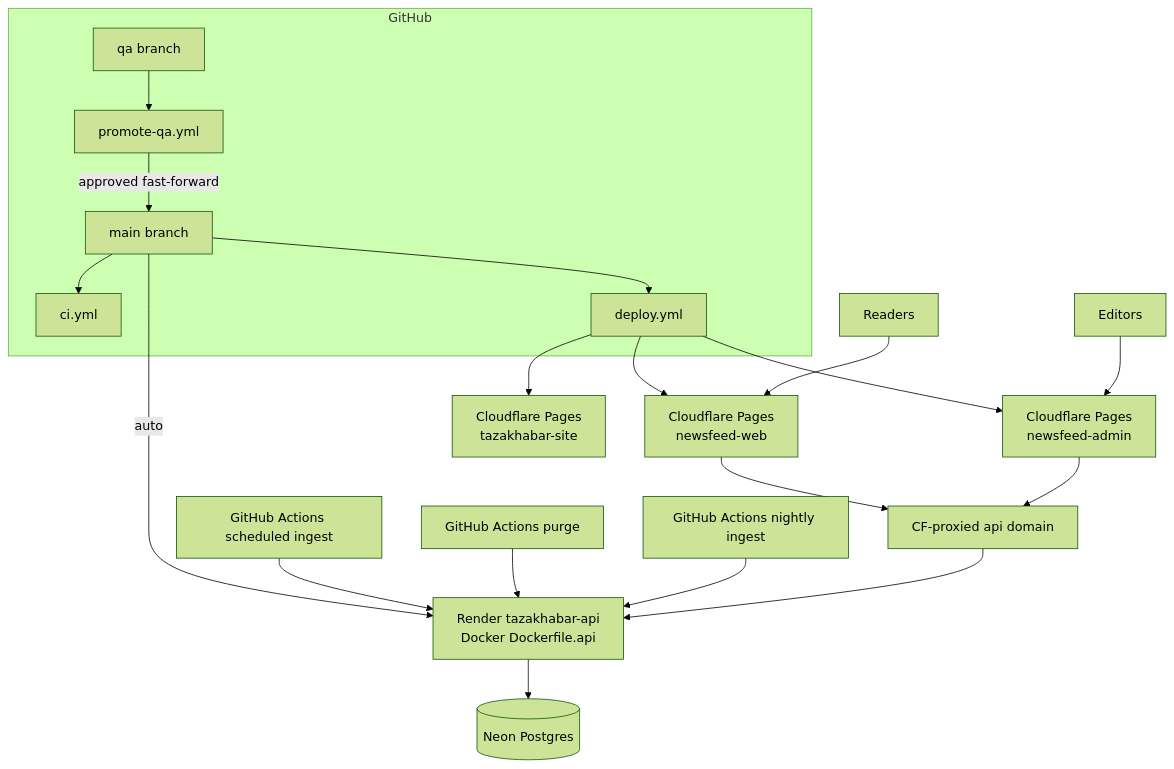
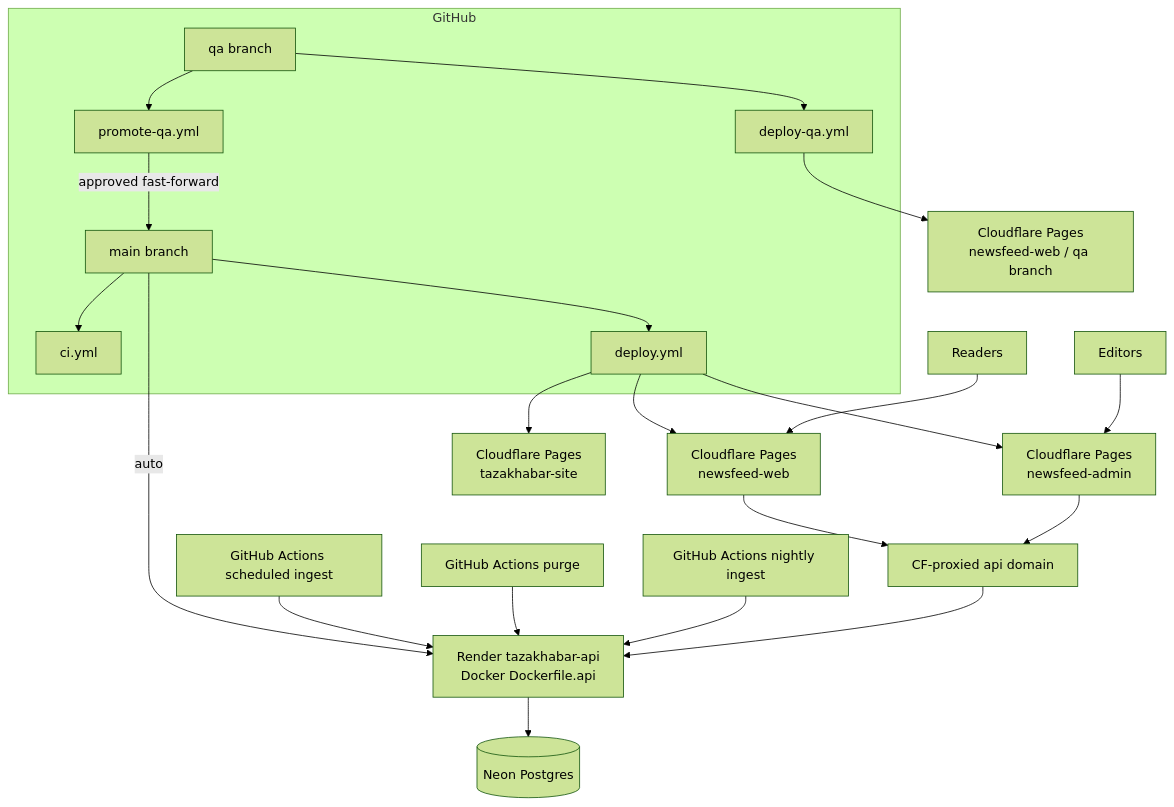
The diagram in docs/architecture/08-hosting-and-ci.md (sshivanshg/TAZAkhabar), drawn with Mermaid (forest theme) before and after one commit. The commit also changed other lines of this file and 1 other file, not shown here.

Commit message:
ci: deploy QA branch to Cloudflare Pages

````diff
--- a/docs/architecture/08-hosting-and-ci.md
+++ b/docs/architecture/08-hosting-and-ci.md
@@ -17,28 +17,31 @@
 ```mermaid
 flowchart TB
   subgraph gh [GitHub]
     QA[qa branch]
     Main[main branch]
     CI[ci.yml]
     Deploy[deploy.yml]
+    DeployQA[deploy-qa.yml]
     PromoteQA[promote-qa.yml]
   end
 
+  QA --> DeployQA
   QA --> PromoteQA
   PromoteQA -->|approved fast-forward| Main
   Main --> CI
   Main -->|auto| Render[Render tazakhabar-api<br/>Docker Dockerfile.api]
   Main --> Deploy
   Deploy --> PagesWeb[Cloudflare Pages<br/>newsfeed-web]
+  DeployQA --> PagesWebQA[Cloudflare Pages<br/>newsfeed-web / qa branch]
   Deploy --> PagesSite[Cloudflare Pages<br/>tazakhabar-site]
   Deploy --> PagesAdmin[Cloudflare Pages<br/>newsfeed-admin]
   Render --> Neon[(Neon Postgres)]
   GHAIngest[GitHub Actions scheduled ingest] --> Render
   GHAPurge[GitHub Actions purge] --> Render
   CronDaily[GitHub Actions nightly ingest] --> Render
   Readers[Readers] --> PagesWeb
   Editors[Editors] --> PagesAdmin
   PagesWeb --> CFAPI[CF-proxied api domain]
   PagesAdmin --> CFAPI
   CFAPI --> Render
 ```
````
